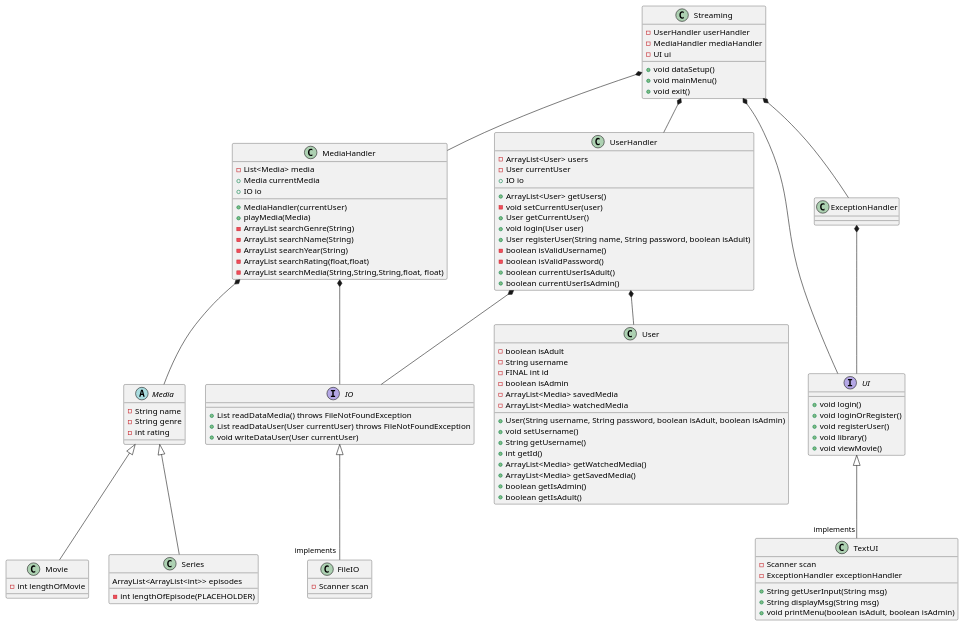
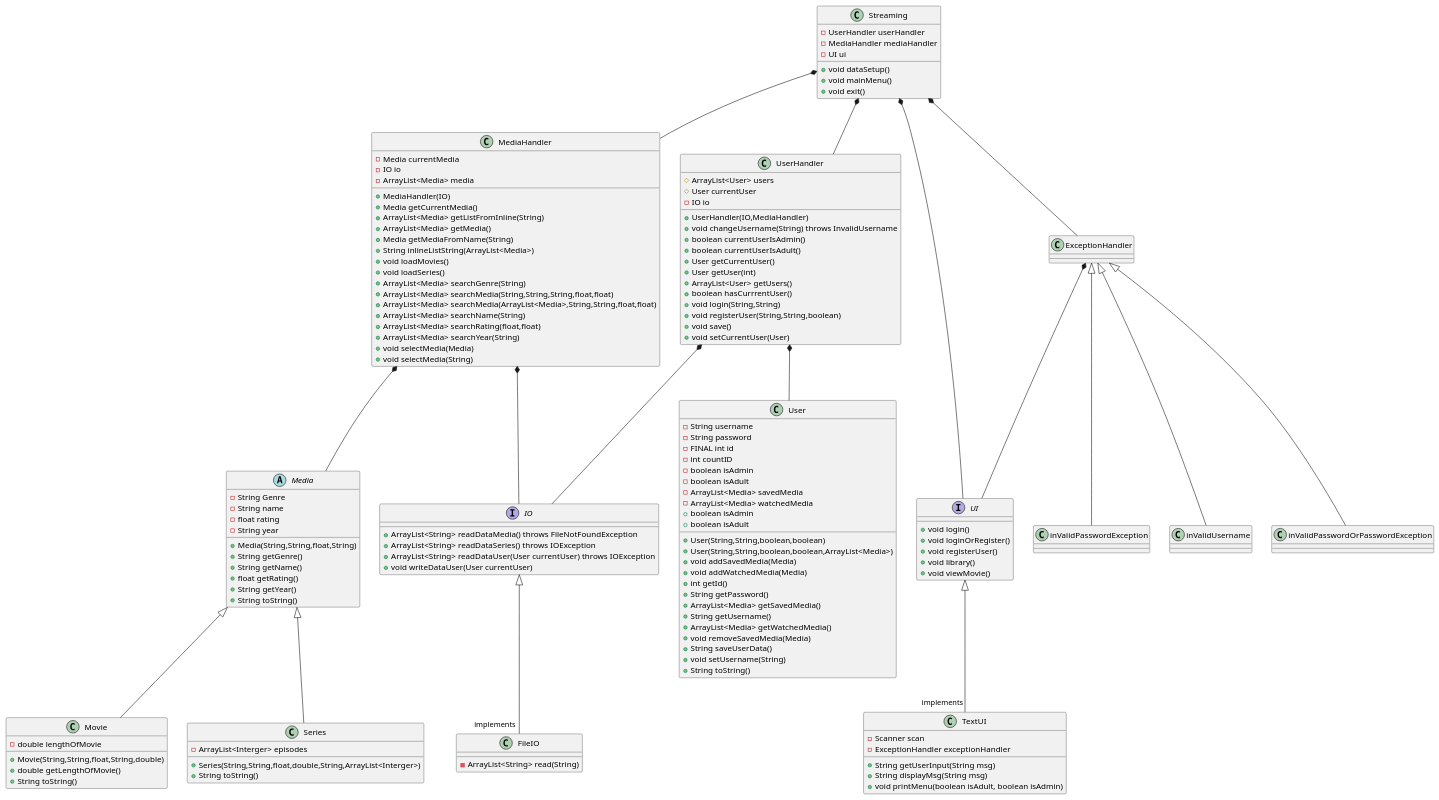
Before and after one commit to Ghostz-Games/SP3---Streamingtjeneste---Gruppe-B---2023: the diagram in SP3 - Streaming Tjeneste/Documentation/ClassDiagram.puml, drawn with PlantUML. The commit also changed 1 other file, not shown here.

Commit message:
updated UML
dunno what I did in ExceptionHandler gl!

```diff
--- a/SP3 - Streaming Tjeneste/Documentation/ClassDiagram.puml
+++ b/SP3 - Streaming Tjeneste/Documentation/ClassDiagram.puml
@@ -1,116 +1,148 @@
 @startuml
 'https://plantuml.com/class-diagram
 
 class Streaming
-class MediaHandler
-abstract class Media
-class Movie
-class Series
-class UserHandler
+class MediaHandler{
+- Media currentMedia
+- IO io
+- ArrayList<Media> media
++ MediaHandler(IO)
++ Media getCurrentMedia()
++ ArrayList<Media> getListFromInline(String)
++ ArrayList<Media> getMedia()
++ Media getMediaFromName(String)
++ String inlineListString(ArrayList<Media>)
++ void loadMovies()
++ void loadSeries()
++ ArrayList<Media> searchGenre(String)
++ ArrayList<Media> searchMedia(String,String,String,float,float)
++ ArrayList<Media> searchMedia(ArrayList<Media>,String,String,float,float)
++ ArrayList<Media> searchName(String)
++ ArrayList<Media> searchRating(float,float)
++ ArrayList<Media> searchYear(String)
++ void selectMedia(Media)
++ void selectMedia(String)
+}
+abstract class Media{
+- String Genre
+- String name
+- float rating
+- String year
++ Media(String,String,float,String)
++ String getGenre()
++ String getName()
++ float getRating()
++ String getYear()
++ String toString()
+}
+class Movie{
+- double lengthOfMovie
++ Movie(String,String,float,String,double)
++ double getLengthOfMovie()
++ String toString()
+}
+class Series{
+- ArrayList<Interger> episodes
++ Series(String,String,float,double,String,ArrayList<Interger>)
++ String toString()
+}
+class UserHandler{
+# ArrayList<User> users
+# User currentUser
+- IO io
++ UserHandler(IO,MediaHandler)
++ void changeUsername(String) throws InvalidUsername
++ boolean currentUserIsAdmin()
++ boolean currentUserIsAdult()
++ User getCurrentUser()
++ User getUser(int)
++ ArrayList<User> getUsers()
++ boolean hasCurrrentUser()
++ void login(String,String)
++ void registerUser(String,String,boolean)
++ void save()
++ void setCurrentUser(User)
+}
+class User{
+- String username
+- String password
+- FINAL int id
+- int countID
+- boolean isAdmin
+- boolean isAdult
+- ArrayList<Media> savedMedia
+- ArrayList<Media> watchedMedia
++ User(String,String,boolean,boolean)
++ User(String,String,boolean,boolean,ArrayList<Media>)
++ void addSavedMedia(Media)
++ void addWatchedMedia(Media)
++ int getId()
++ String getPassword()
++ ArrayList<Media> getSavedMedia()
++ String getUsername()
++ ArrayList<Media> getWatchedMedia()
++ boolean isAdmin
++ boolean isAdult
++ void removeSavedMedia(Media)
++ String saveUserData()
++ void setUsername(String)
++ String toString()
+}
 class FileIO
 interface IO
 interface UI
 class TextUI
 class ExceptionHandler
-class User
 
 
 
 Streaming *-- UserHandler
 UserHandler *-- User
 Streaming *-- MediaHandler
 MediaHandler *-- Media
 Media <|--  Movie
 Media <|--  Series
 
 IO <|-- "implements" FileIO
 UI <|-- "implements" TextUI
 ExceptionHandler *-- UI
+ExceptionHandler <|-- inValidPasswordException
+ExceptionHandler <|-- inValidUsername
+ExceptionHandler <|-- inValidPasswordOrPasswordException
 Streaming *-- ExceptionHandler
 UserHandler *-- IO
 MediaHandler *-- IO
 '''Streaming *-- IO
 Streaming *-- UI
-
-UserHandler : + ArrayList<User> getUsers()
-UserHandler : - void setCurrentUser(user)
-UserHandler : + User getCurrentUser()
-UserHandler : - ArrayList<User> users
-UserHandler : - User currentUser
-UserHandler : + void login(User user)
-UserHandler : + User registerUser(String name, String password, boolean isAdult)
-UserHandler : - boolean isValidUsername()
-UserHandler : - boolean isValidPassword()
-UserHandler : + boolean currentUserIsAdult()
-UserHandler : + boolean currentUserIsAdmin()
-UserHandler : + IO io
-
-User : - boolean isAdult
-User : - String username
-User : - FINAL int id
-User : - boolean isAdmin
-User : - ArrayList<Media> savedMedia
-User : - ArrayList<Media> watchedMedia
-User : + User(String username, String password, boolean isAdult, boolean isAdmin)
-User : + void setUsername()
-User : + String getUsername()
-User : + int getId()
-User : + ArrayList<Media> getWatchedMedia()
-User : + ArrayList<Media> getSavedMedia()
-User : + boolean getIsAdmin()
-User : + boolean getIsAdult()
-
-MediaHandler : +MediaHandler(currentUser)
-MediaHandler : - List<Media> media
-MediaHandler : + Media currentMedia
-MediaHandler : + playMedia(Media)
-MediaHandler : + IO io
-
 
 Streaming : - UserHandler userHandler
 Streaming : - MediaHandler mediaHandler
 Streaming : - UI ui
 '''Streaming : - IO io
 Streaming : + void dataSetup()
 Streaming : + void mainMenu()
 Streaming : + void exit()
 
 TextUI : - Scanner scan
 TextUI : + String getUserInput(String msg)
 TextUI : + String displayMsg(String msg)
 TextUI : + void printMenu(boolean isAdult, boolean isAdmin)
 TextUI : - ExceptionHandler exceptionHandler
 
 
-IO : + List readDataMedia() throws FileNotFoundException
-IO : + List readDataUser(User currentUser) throws FileNotFoundException
+IO : + ArrayList<String> readDataMedia() throws FileNotFoundException
+IO : + ArrayList<String> readDataSeries() throws IOException
+IO : + ArrayList<String> readDataUser(User currentUser) throws IOException
 IO : + void writeDataUser(User currentUser)
 
 UI : + void login()
 UI : + void loginOrRegister()
 UI : + void registerUser()
 UI : + void library()
 UI : + void viewMovie()
 
-FileIO : - Scanner scan
-
-
-MediaHandler : - ArrayList searchGenre(String)
-MediaHandler : - ArrayList searchName(String)
-MediaHandler : - ArrayList searchYear(String)
-MediaHandler : - ArrayList searchRating(float,float)
-MediaHandler : - ArrayList searchMedia(String,String,String,float, float)
-
-Media : - String name
-Media : - String genre
-Media : - int rating
-
-Series : ArrayList<ArrayList<int>> episodes
-
-Movie : - int lengthOfMovie
-
-Series : - int lengthOfEpisode(PLACEHOLDER)
+FileIO : - ArrayList<String> read(String)
 
 
 
 @enduml
```
